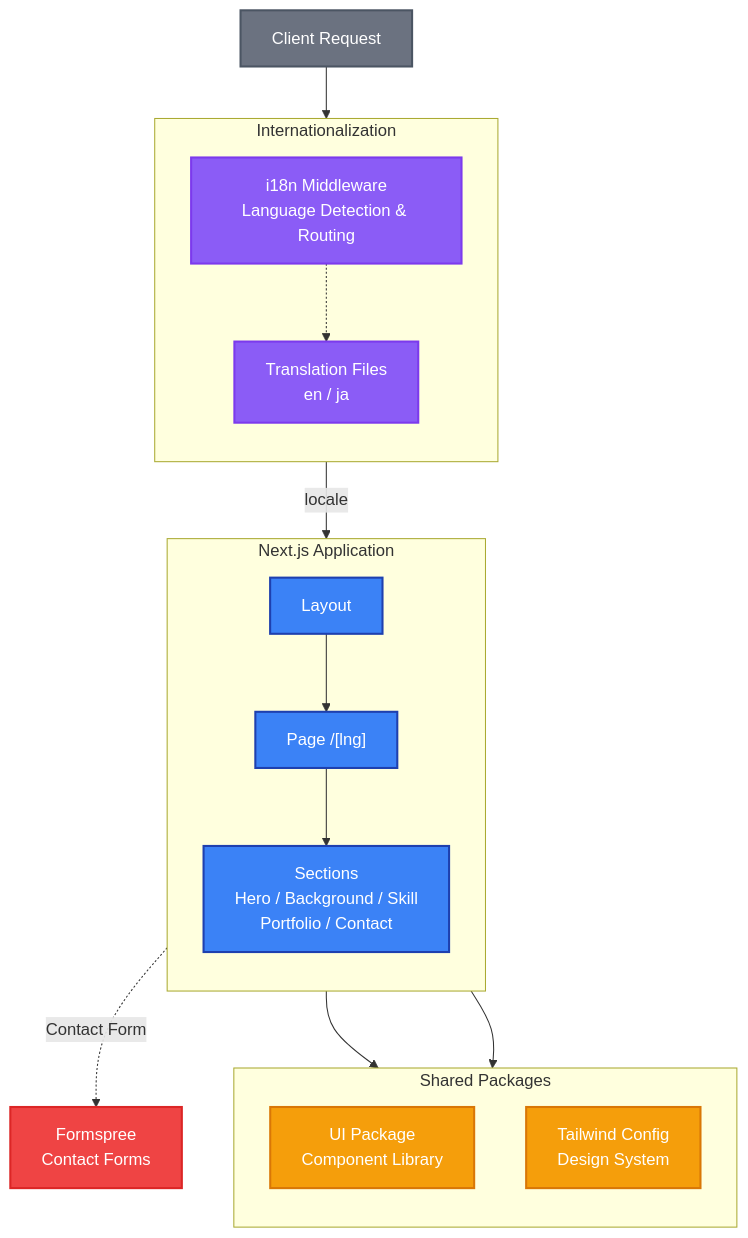
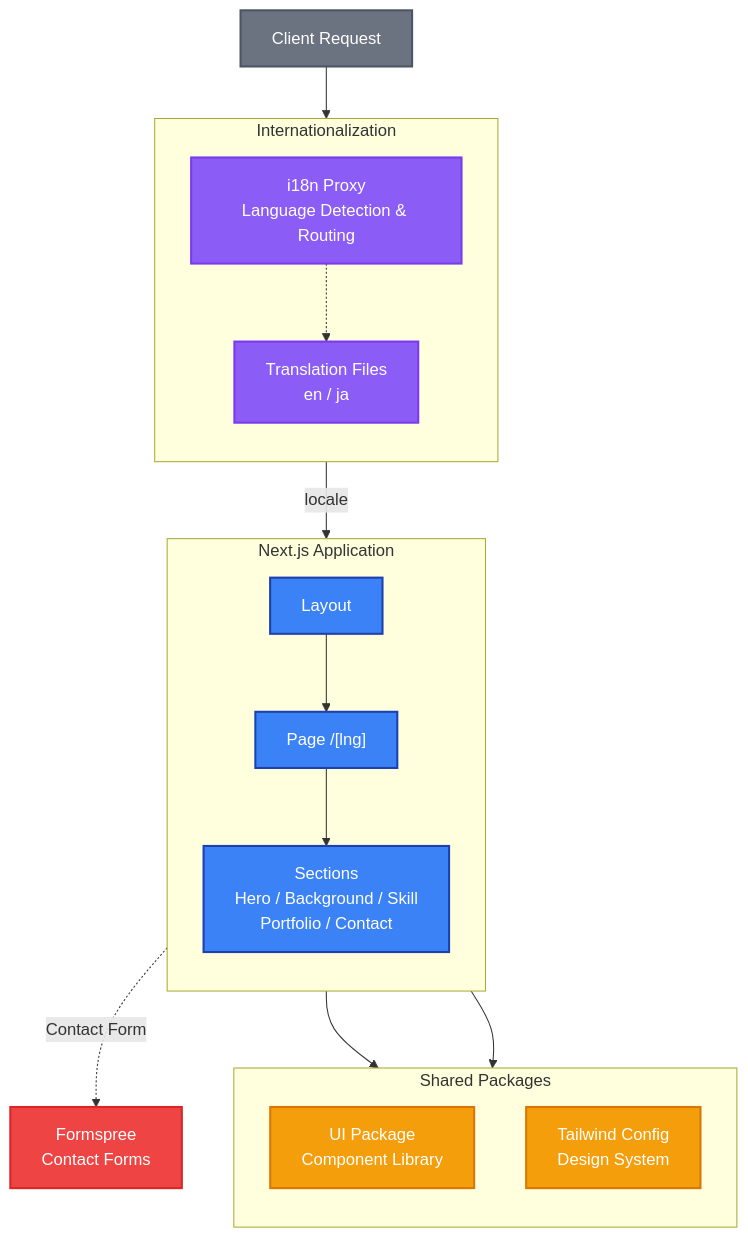
One commit to k2bg-technology/k2bg-branding changed the diagram in apps/portfolio/README.md. Above: the diagram before and after it, drawn with Mermaid. The commit also changed other lines of this file and 3 other files, not shown here.

````diff
--- a/apps/portfolio/README.md
+++ b/apps/portfolio/README.md
@@ -105,42 +105,42 @@
 ```mermaid
 flowchart TB
     Request["Client Request"] --> Middleware
 
     subgraph i18n["Internationalization"]
         direction TB
-        Middleware["i18n Middleware<br/>Language Detection & Routing"]
+        Middleware["i18n Proxy<br/>Language Detection & Routing"]
         Translations["Translation Files<br/>en / ja"]
         Middleware -.-> Translations
     end
 
     subgraph app["Next.js Application"]
         direction TB
         Layout["Layout"] --> Page["Page /[lng]"]
         Page --> Sections["Sections<br/>Hero / Background / Skill<br/>Portfolio / Contact"]
     end
 
     subgraph shared["Shared Packages"]
         direction TB
         UIPackage["UI Package<br/>Component Library"]
         TailwindConfig["Tailwind Config<br/>Design System"]
     end
 
     Formspree["Formspree<br/>Contact Forms"]
 
     Middleware -->|locale| Layout
     Sections --> UIPackage
     Sections --> TailwindConfig
     Sections -.->|Contact Form| Formspree
 
     classDef requestStyle fill:#6B7280,stroke:#4B5563,stroke-width:2px,color:#fff
     classDef i18nStyle fill:#8B5CF6,stroke:#7C3AED,stroke-width:2px,color:#fff
     classDef appStyle fill:#3B82F6,stroke:#1E40AF,stroke-width:2px,color:#fff
     classDef sharedStyle fill:#F59E0B,stroke:#D97706,stroke-width:2px,color:#fff
     classDef externalStyle fill:#EF4444,stroke:#DC2626,stroke-width:2px,color:#fff
 
     class Request requestStyle
     class Middleware,Translations i18nStyle
     class Layout,Page,Sections appStyle
     class UIPackage,TailwindConfig sharedStyle
     class Formspree externalStyle
 ```
````
